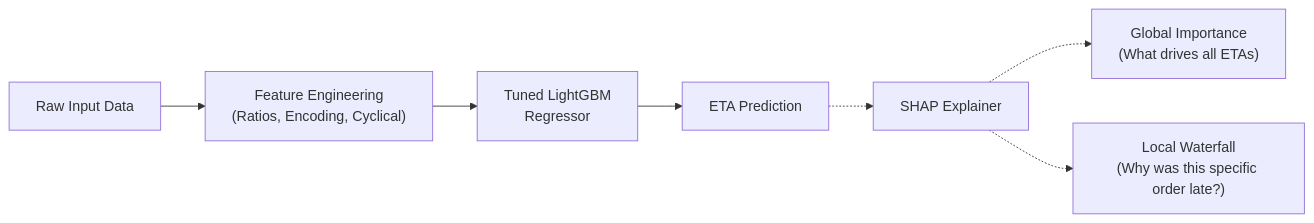
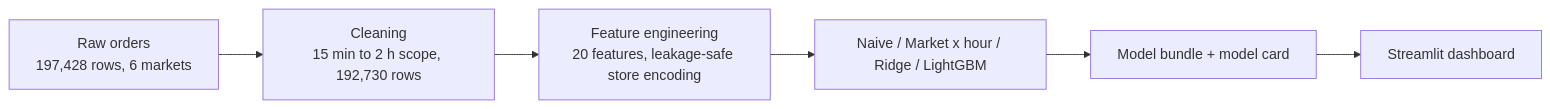
Before and after one commit to iamnitishsah/FoodOps.AI: the diagram in DeliveryOps/README.md, drawn with Mermaid. The commit also changed other lines of this file and 1 other file, not shown here.

````diff
--- a/DeliveryOps/README.md
+++ b/DeliveryOps/README.md
@@ -140,10 +55,8 @@
 ```mermaid
 flowchart LR
-    A["Raw Input Data"] --> B["Feature Engineering\n(Ratios, Encoding, Cyclical)"]
-    B --> C["Tuned LightGBM\nRegressor"]
-    C --> D["ETA Prediction"]
-    D -.-> E["SHAP Explainer"]
-    E -.-> F["Global Importance\n(What drives all ETAs)"]
-    E -.-> G["Local Waterfall\n(Why was this specific order late?)"]
-
+    A["Raw orders<br/>197,428 rows, 6 markets"] --> B["Cleaning<br/>15 min to 2 h scope, 192,730 rows"]
+    B --> C["Feature engineering<br/>20 features, leakage-safe store encoding"]
+    C --> D["Naive / Market x hour / Ridge / LightGBM"]
+    D --> E["Model bundle + model card"]
+    E --> F["Streamlit dashboard"]
 ```
````
